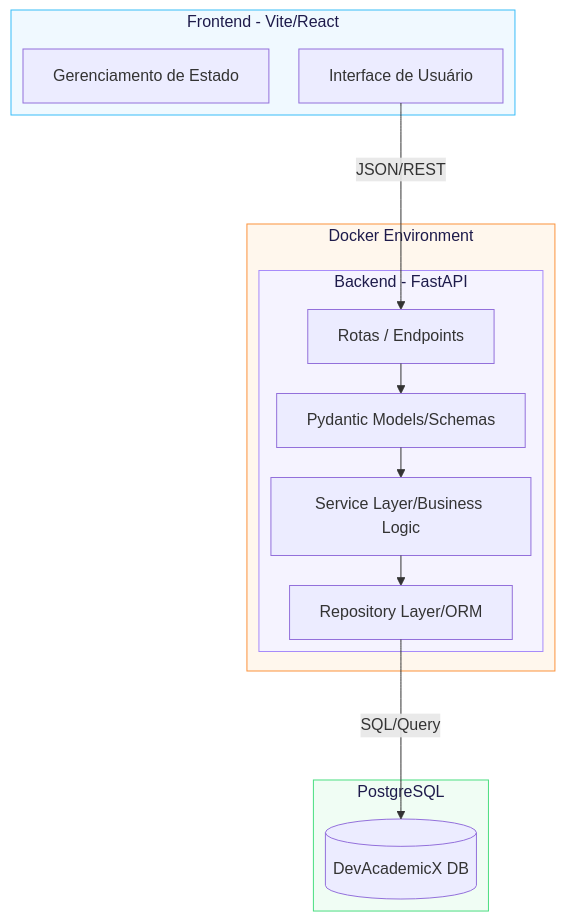
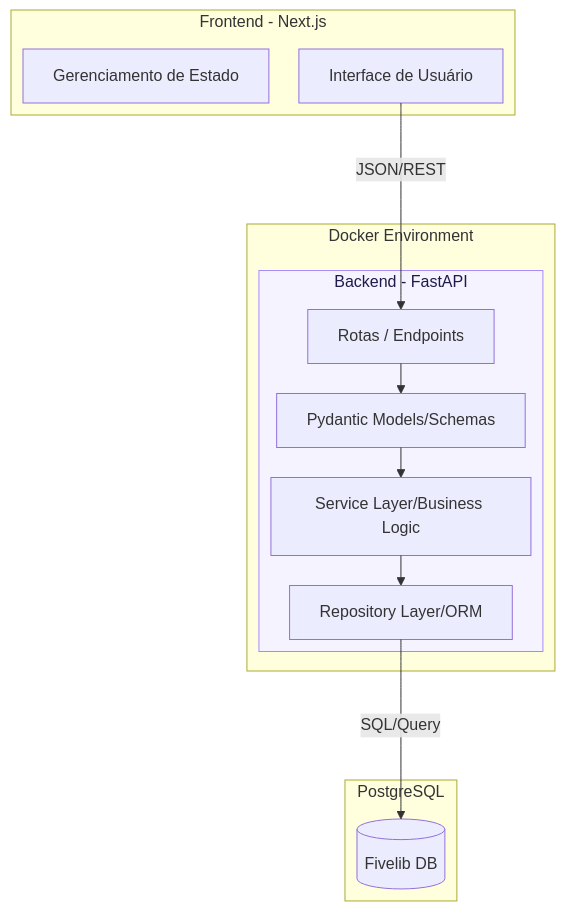
One commit to devacademicx/fivelib changed the diagram in docs/architecture/assets/high-level-architecture.mmd. Above: the diagram before and after it, drawn with Mermaid. The commit also changed 17 other files, not shown here.

```diff
--- a/docs/architecture/assets/high-level-architecture.mmd
+++ b/docs/architecture/assets/high-level-architecture.mmd
@@ -1,42 +1,32 @@
 ---
 config:
   layout: elk
 ---
-graph TB
-    subgraph Client ["Frontend - Vite/React"]
+flowchart TB
+ subgraph Client["Frontend - Next.js"]
         UI["Interface de Usuário"]
         State["Gerenciamento de Estado"]
-    end
-
-    subgraph APILayer ["Backend - FastAPI"]
+  end
+ subgraph APILayer["Backend - FastAPI"]
         Routes["Rotas / Endpoints"]
         Schema["Pydantic Models/Schemas"]
         Service["Service Layer/Business Logic"]
         Repo["Repository Layer/ORM"]
-    end
-
-    subgraph DataLayer ["PostgreSQL"]
-        DB[("DevAcademicX DB")]
-    end
-
-    subgraph Docker ["Docker Environment"]
+  end
+ subgraph DataLayer["PostgreSQL"]
+        DB[("Fivelib DB")]
+  end
+ subgraph Docker["Docker Environment"]
         APILayer
-    end
-
-    %% Fluxo de Comunicação
-    UI -->|"JSON/REST"| Routes
+  end
+    UI -- JSON/REST --> Routes
     Routes --> Schema
     Schema --> Service
     Service --> Repo
-    Repo -->|"SQL/Query"| DB
+    Repo -- SQL/Query --> DB
 
-    %% Styling
+     APILayer:::apiStyle
     classDef clientStyle stroke:#38bdf8,fill:#f0f9ff,color:#1e1b4b
     classDef apiStyle stroke:#a78bfa,fill:#f5f3ff,color:#1e1b4b
     classDef dataStyle stroke:#4ade80,fill:#f0fdf4,color:#1e1b4b
     classDef containerStyle stroke:#fb923c,fill:#fff7ed,color:#1e1b4b
-
-    class Client clientStyle
-    class APILayer apiStyle
-    class DataLayer dataStyle
-    class Docker containerStyle
```
